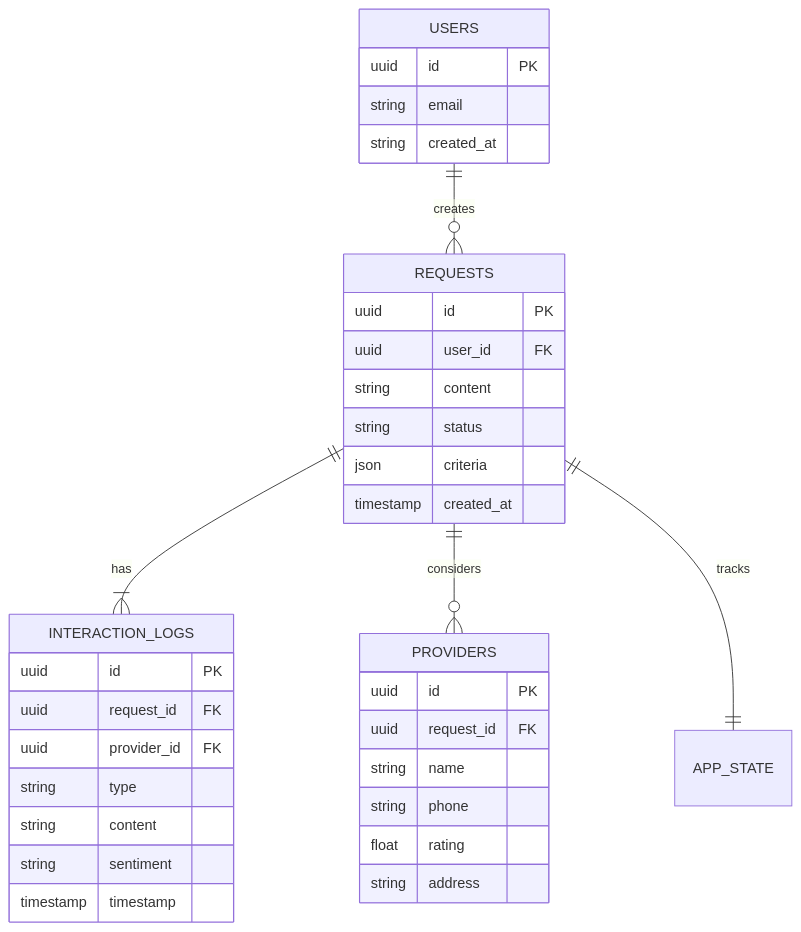
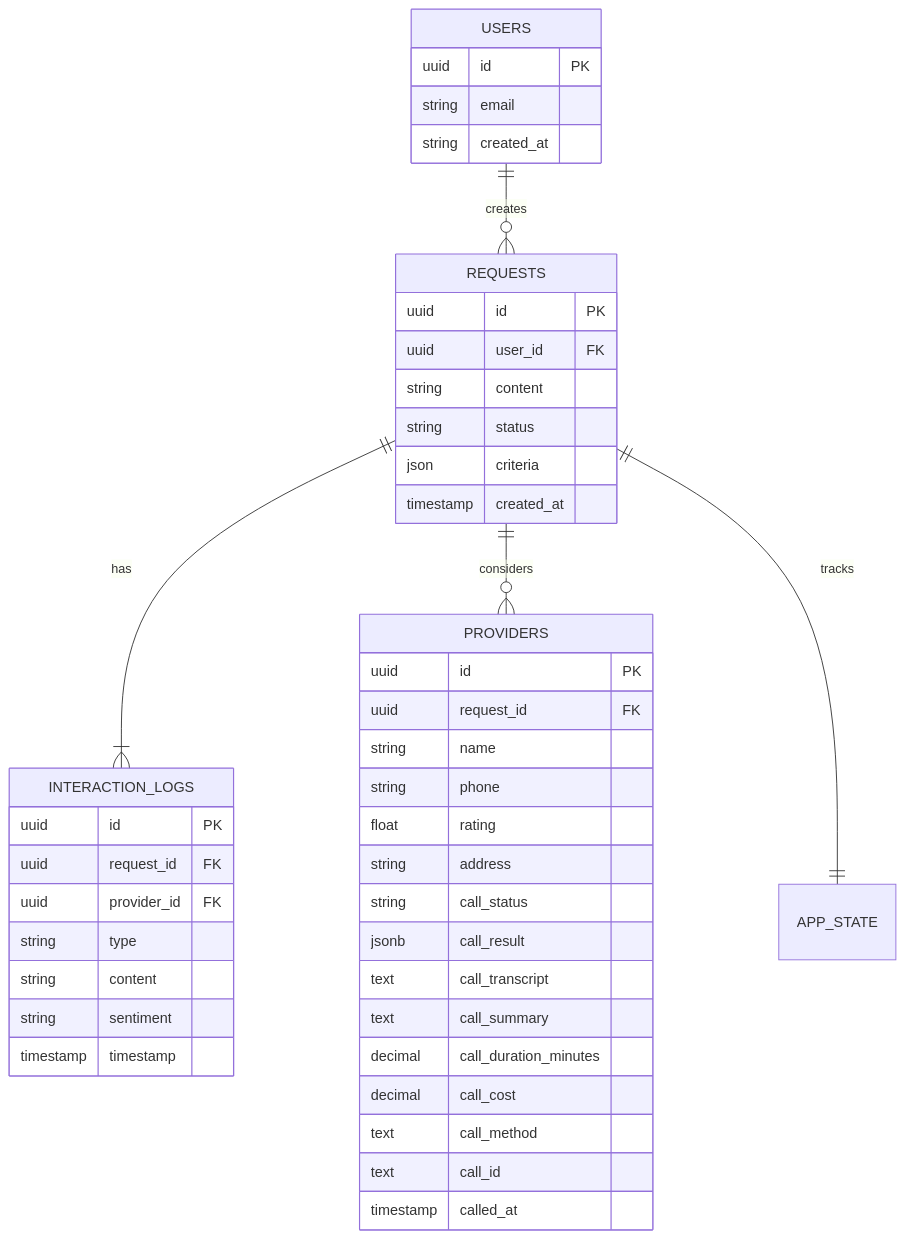
The eighth of 10 diagrams in docs/architecture.md (beetz12/concierge-ai), drawn with Mermaid before and after one commit. The commit also changed other lines of this file and 57 other files, not shown here.

````diff
--- a/docs/architecture.md
+++ b/docs/architecture.md
@@ -179,41 +264,50 @@
 ```mermaid
 erDiagram
     USERS ||--o{ REQUESTS : creates
     REQUESTS ||--|{ INTERACTION_LOGS : has
     REQUESTS ||--o{ PROVIDERS : considers
     REQUESTS ||--|| APP_STATE : tracks
-    
+
     USERS {
         uuid id PK
         string email
         string created_at
     }
-    
+
     REQUESTS {
         uuid id PK
         uuid user_id FK
         string content
         string status
         json criteria
         timestamp created_at
     }
-    
+
     PROVIDERS {
         uuid id PK
         uuid request_id FK
         string name
         string phone
         float rating
         string address
+        string call_status
+        jsonb call_result
+        text call_transcript
+        text call_summary
+        decimal call_duration_minutes
+        decimal call_cost
+        text call_method
+        text call_id
+        timestamp called_at
     }
-    
+
     INTERACTION_LOGS {
         uuid id PK
         uuid request_id FK
         uuid provider_id FK
         string type
         string content
         string sentiment
         timestamp timestamp
     }
 ```
````
